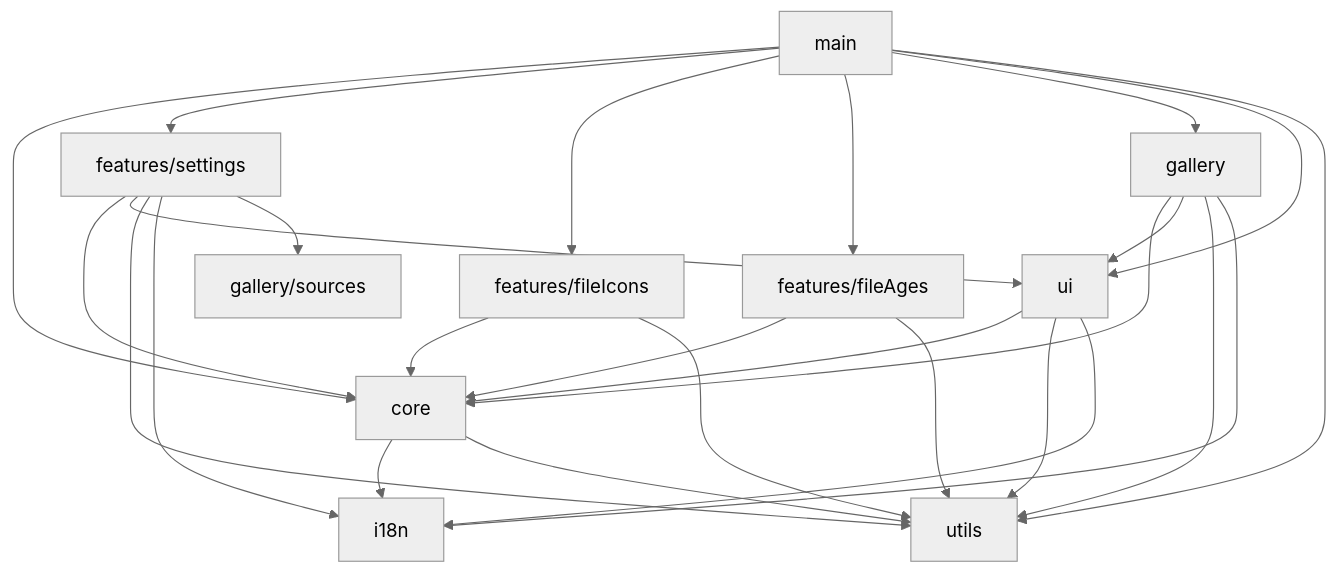
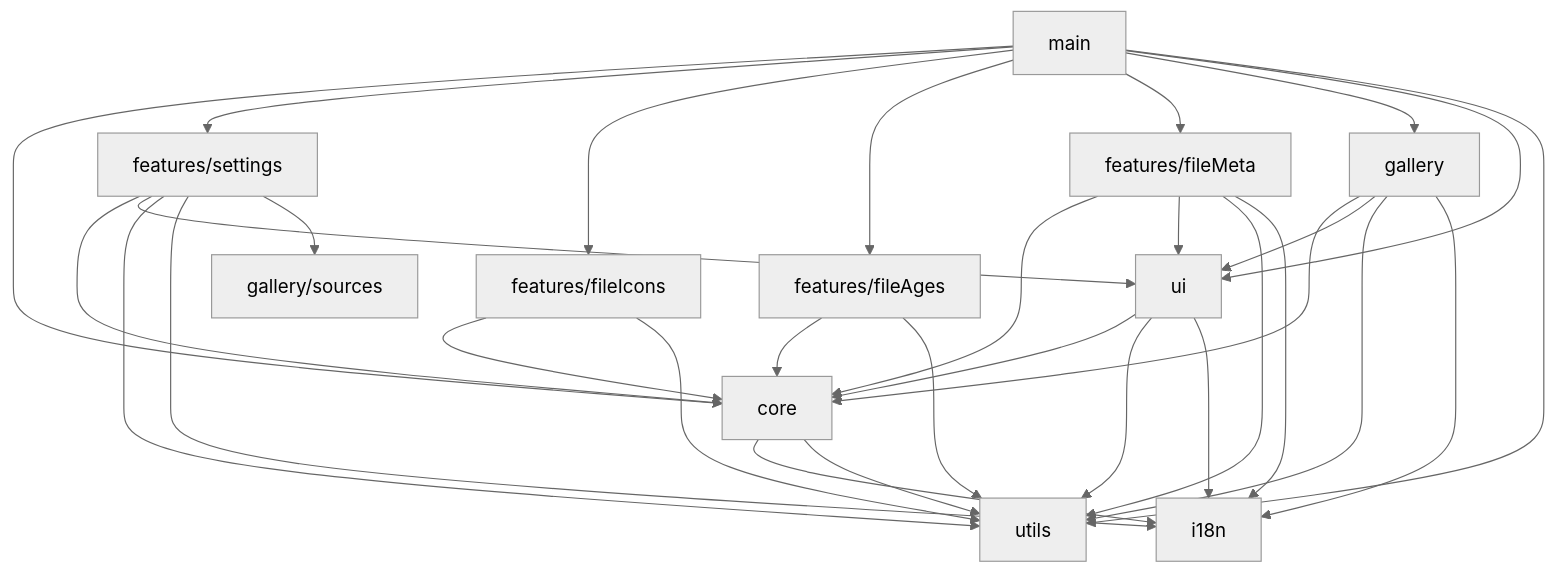
Before and after one commit to NemoKing1210/github-plus: the first of 3 diagrams in docs/ARCHITECTURE.md, drawn with Mermaid (neutral theme). The commit also changed other lines of this file and 45 other files, not shown here.

````diff
--- a/docs/ARCHITECTURE.md
+++ b/docs/ARCHITECTURE.md
@@ -58,28 +64,33 @@
 ```mermaid
 graph TD
   main --> core
   main --> settingsFeature[features/settings]
   main --> fileIcons[features/fileIcons]
   main --> fileAges[features/fileAges]
+  main --> fileMeta[features/fileMeta]
   main --> gallery
   main --> ui
   main --> utils
   gallery --> core
   gallery --> ui
   gallery --> utils
   gallery --> i18n
   settingsFeature --> core
   settingsFeature --> ui
   settingsFeature --> utils
   settingsFeature --> i18n
   settingsFeature --> galleryRegistry[gallery/sources]
   fileIcons --> core
   fileIcons --> utils
   fileAges --> core
   fileAges --> utils
+  fileMeta --> core
+  fileMeta --> ui
+  fileMeta --> utils
+  fileMeta --> i18n
   ui --> core
   ui --> utils
   ui --> i18n
   core --> i18n
   core --> utils
 ```
````
